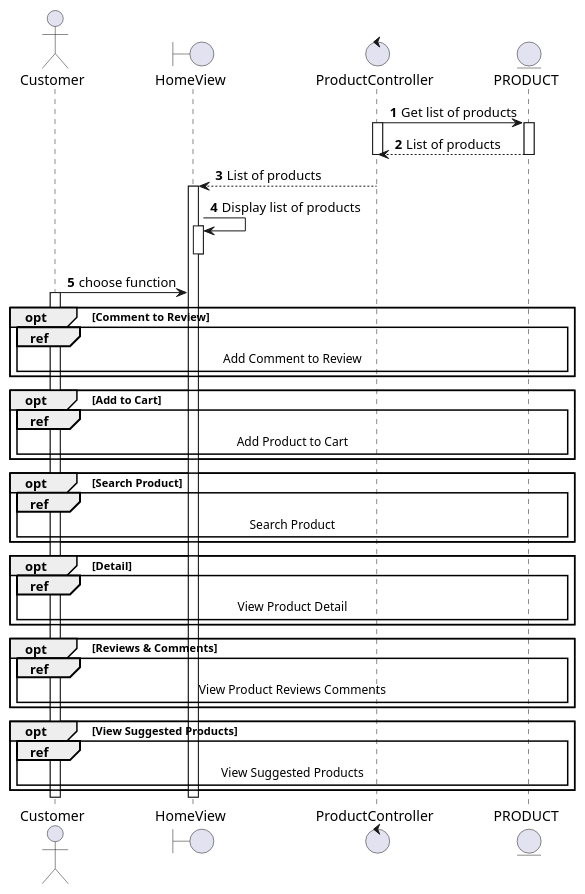
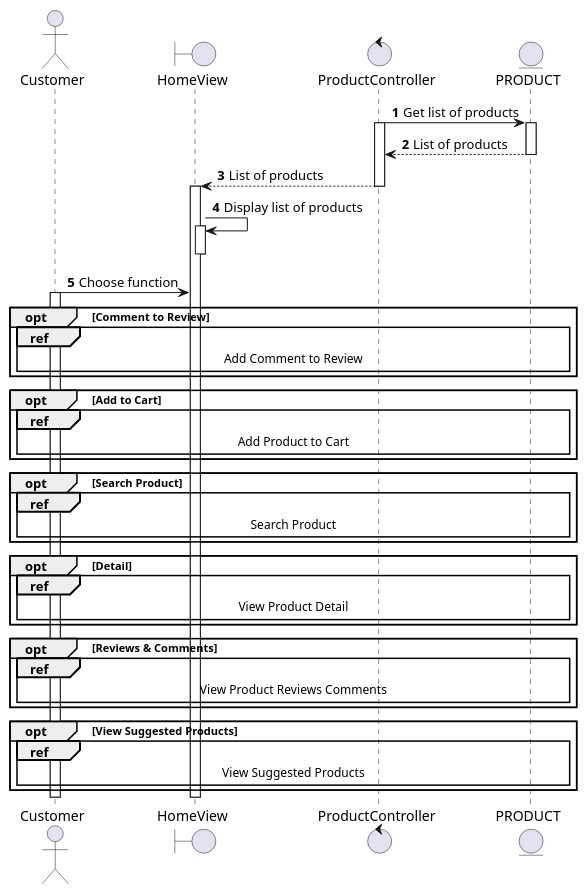
One commit to electricilies/electricilies.github.io changed the diagram in docs/docs/sequence/view-product/view-product.md. Above: the diagram before and after it, drawn with PlantUML. The commit also changed 11 other files, not shown here.

Commit message:
feat(sequence): manage cart

````diff
--- a/docs/docs/sequence/view-product/view-product.md
+++ b/docs/docs/sequence/view-product/view-product.md
@@ -3,54 +3,53 @@
 ```plantuml
 @startuml
 autonumber
 
 actor Customer as C
 boundary HomeView as HV
 control ProductController as PC
 entity PRODUCT as P
 
 PC -> P: Get list of products
 activate PC
 activate P
 PC <-- P: List of products
 deactivate P
+HV <-- PC: List of products
 deactivate PC
-
-HV <-- PC: List of products
 activate HV
 HV -> HV: Display list of products
 activate HV
 deactivate HV
 
-C -> HV: choose function
+C -> HV: Choose function
 activate C
 
 opt Comment to Review
   ref over C, P: Add Comment to Review
 end
 
 opt Add to Cart
   ref over C, P: Add Product to Cart
 end
 
 opt Search Product
   ref over C, P: Search Product
 end
 
 opt Detail
   ref over C, P: View Product Detail
 end
 
 opt Reviews & Comments
   ref over C, P: View Product Reviews Comments
 end
 
 opt View Suggested Products
   ref over C, P: View Suggested Products
 end
 
 deactivate HV
 deactivate C
 
 @enduml
 ```
````
